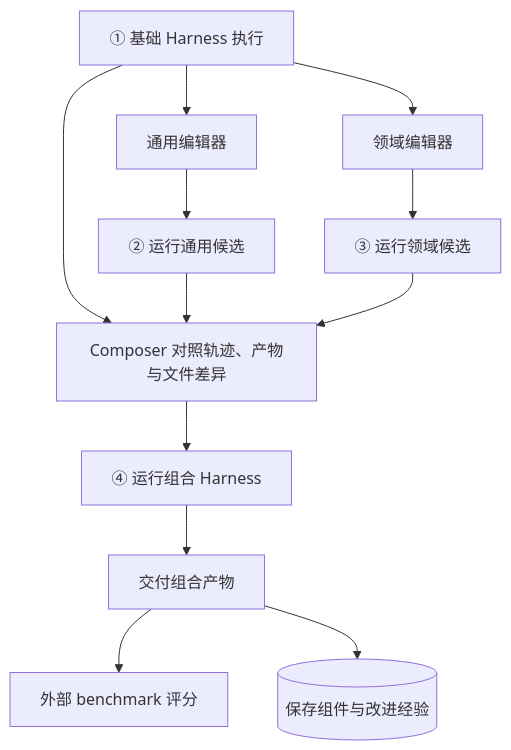
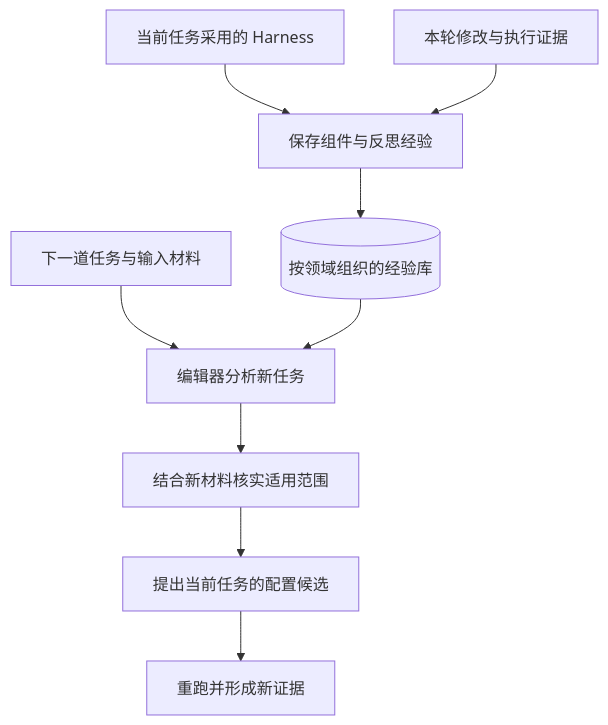
The second of 2 diagrams in content/zh/posts/harness2-agent-harness-optimization.md (Trashwbin/quill), drawn with Mermaid before and after one commit. The commit also changed other lines of this file, not shown here.

Commit message:
docs: refine Harness2 article flow and objective analysis

````diff
--- a/content/zh/posts/harness2-agent-harness-optimization.md
+++ b/content/zh/posts/harness2-agent-harness-optimization.md
@@ -134,14 +134,11 @@
 ```mermaid
 flowchart TD
-    Base["① 基础 Harness 执行"] --> INV["通用编辑器"]
-    Base --> DOM["领域编辑器"]
-    INV --> ProbeI["② 运行通用候选"]
-    DOM --> ProbeD["③ 运行领域候选"]
-    Base --> Compose["Composer 对照轨迹、产物与文件差异"]
-    ProbeI --> Compose
-    ProbeD --> Compose
-    Compose --> Run["④ 运行组合 Harness"]
-    Run --> Result["交付组合产物"]
-    Result --> Eval["外部 benchmark 评分"]
-    Result --> Library[("保存组件与改进经验")]
+    Adopt["当前任务采用的 Harness"] --> Save["保存组件与反思经验"]
+    Evidence["本轮修改与执行证据"] --> Save
+    Save --> Library[("按领域组织的经验库")]
+    Next["下一道任务与输入材料"] --> Editor["编辑器分析新任务"]
+    Library --> Editor
+    Editor --> Check["结合新材料核实适用范围"]
+    Check --> Candidate["提出当前任务的配置候选"]
+    Candidate --> Run["重跑并形成新证据"]
 ```
````
